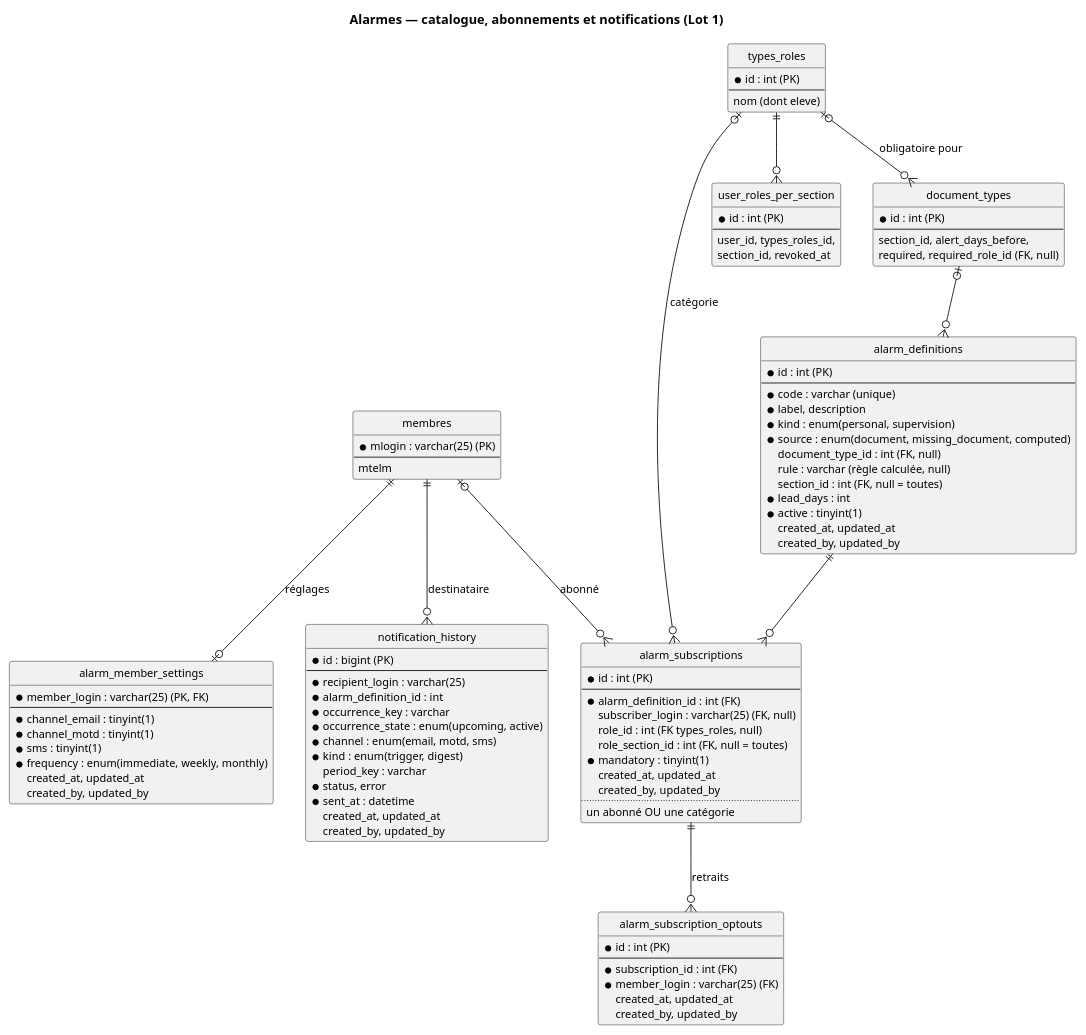
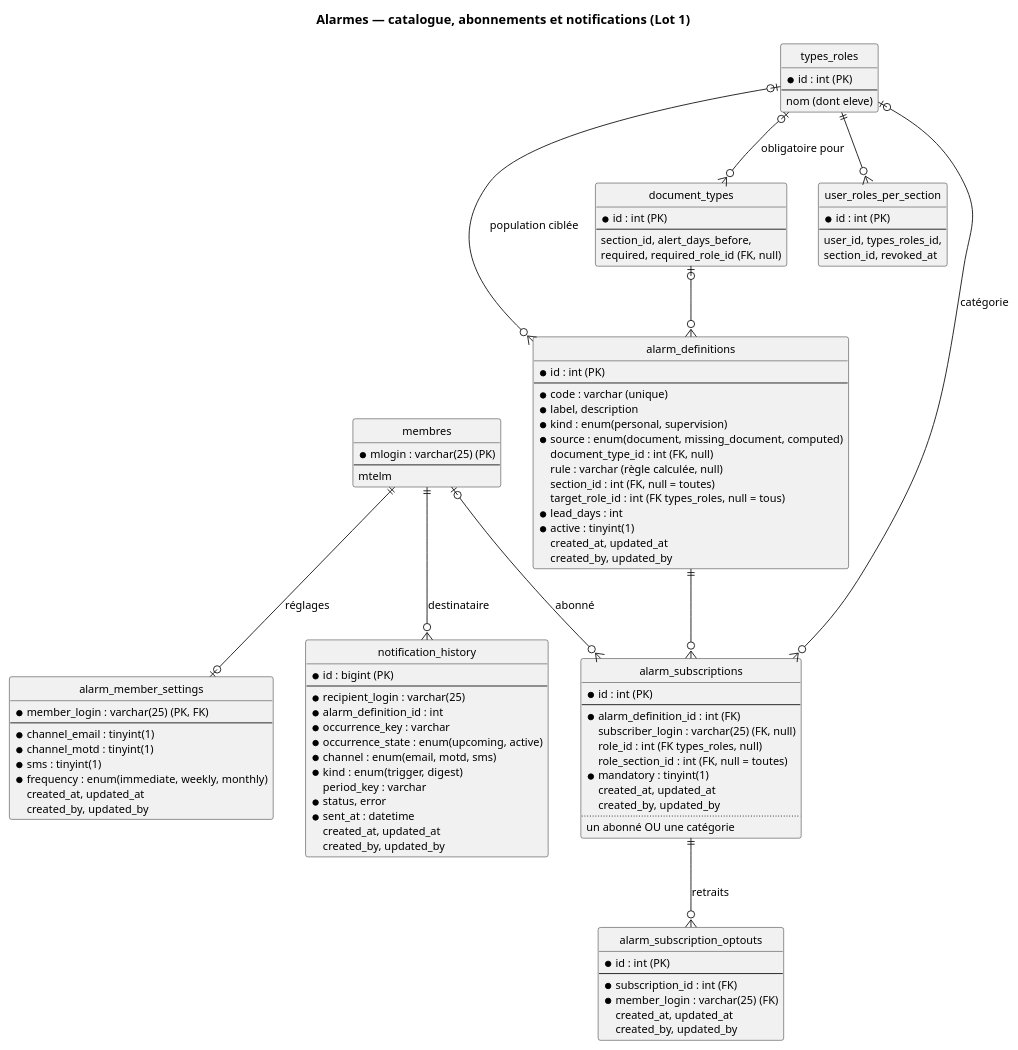
The diagram in doc/design_notes/diagrams/abonnements_alarmes.puml (flub78/gvv), drawn with PlantUML before and after one commit. The commit also changed 43 other files, not shown here.

```diff
--- a/doc/design_notes/diagrams/abonnements_alarmes.puml
+++ b/doc/design_notes/diagrams/abonnements_alarmes.puml
@@ -1,110 +1,112 @@
 @startuml abonnements_alarmes
 skinparam backgroundColor white
 skinparam defaultFontSize 12
 hide circle
 hide methods
 
 title Alarmes — catalogue, abonnements et notifications (Lot 1)
 
 entity alarm_definitions {
   * id : int (PK)
   --
   * code : varchar (unique)
   * label, description
   * kind : enum(personal, supervision)
   * source : enum(document, missing_document, computed)
   document_type_id : int (FK, null)
   rule : varchar (règle calculée, null)
   section_id : int (FK, null = toutes)
+  target_role_id : int (FK types_roles, null = tous)
   * lead_days : int
   * active : tinyint(1)
   created_at, updated_at
   created_by, updated_by
 }
 
 entity alarm_subscriptions {
   * id : int (PK)
   --
   * alarm_definition_id : int (FK)
   subscriber_login : varchar(25) (FK, null)
   role_id : int (FK types_roles, null)
   role_section_id : int (FK, null = toutes)
   * mandatory : tinyint(1)
   created_at, updated_at
   created_by, updated_by
   ..
   un abonné OU une catégorie
 }
 
 entity alarm_subscription_optouts {
   * id : int (PK)
   --
   * subscription_id : int (FK)
   * member_login : varchar(25) (FK)
   created_at, updated_at
   created_by, updated_by
 }
 
 entity alarm_member_settings {
   * member_login : varchar(25) (PK, FK)
   --
   * channel_email : tinyint(1)
   * channel_motd : tinyint(1)
   * sms : tinyint(1)
   * frequency : enum(immediate, weekly, monthly)
   created_at, updated_at
   created_by, updated_by
 }
 
 entity notification_history {
   * id : bigint (PK)
   --
   * recipient_login : varchar(25)
   * alarm_definition_id : int
   * occurrence_key : varchar
   * occurrence_state : enum(upcoming, active)
   * channel : enum(email, motd, sms)
   * kind : enum(trigger, digest)
   period_key : varchar
   * status, error
   * sent_at : datetime
   created_at, updated_at
   created_by, updated_by
 }
 
 entity membres {
   * mlogin : varchar(25) (PK)
   --
   mtelm
 }
 
 entity types_roles {
   * id : int (PK)
   --
   nom (dont eleve)
 }
 
 entity user_roles_per_section {
   * id : int (PK)
   --
   user_id, types_roles_id,
   section_id, revoked_at
 }
 
 entity document_types {
   * id : int (PK)
   --
   section_id, alert_days_before,
   required, required_role_id (FK, null)
 }
 
 alarm_definitions ||--o{ alarm_subscriptions
 document_types |o--o{ alarm_definitions
 alarm_subscriptions ||--o{ alarm_subscription_optouts : retraits
 membres |o--o{ alarm_subscriptions : abonné
 types_roles |o--o{ alarm_subscriptions : catégorie
 membres ||--o| alarm_member_settings : réglages
 membres ||--o{ notification_history : destinataire
 types_roles ||--o{ user_roles_per_section
 types_roles |o--o{ document_types : obligatoire pour
+types_roles |o--o{ alarm_definitions : population ciblée
 @enduml
```
